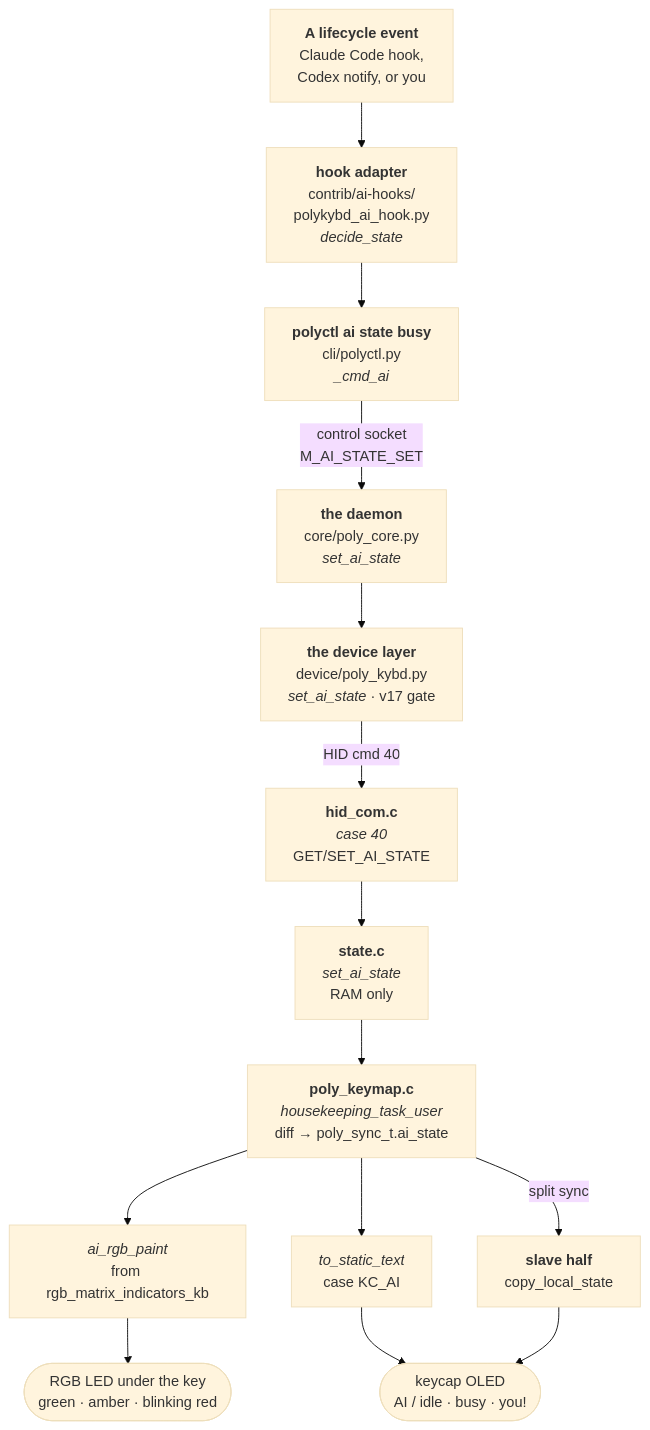
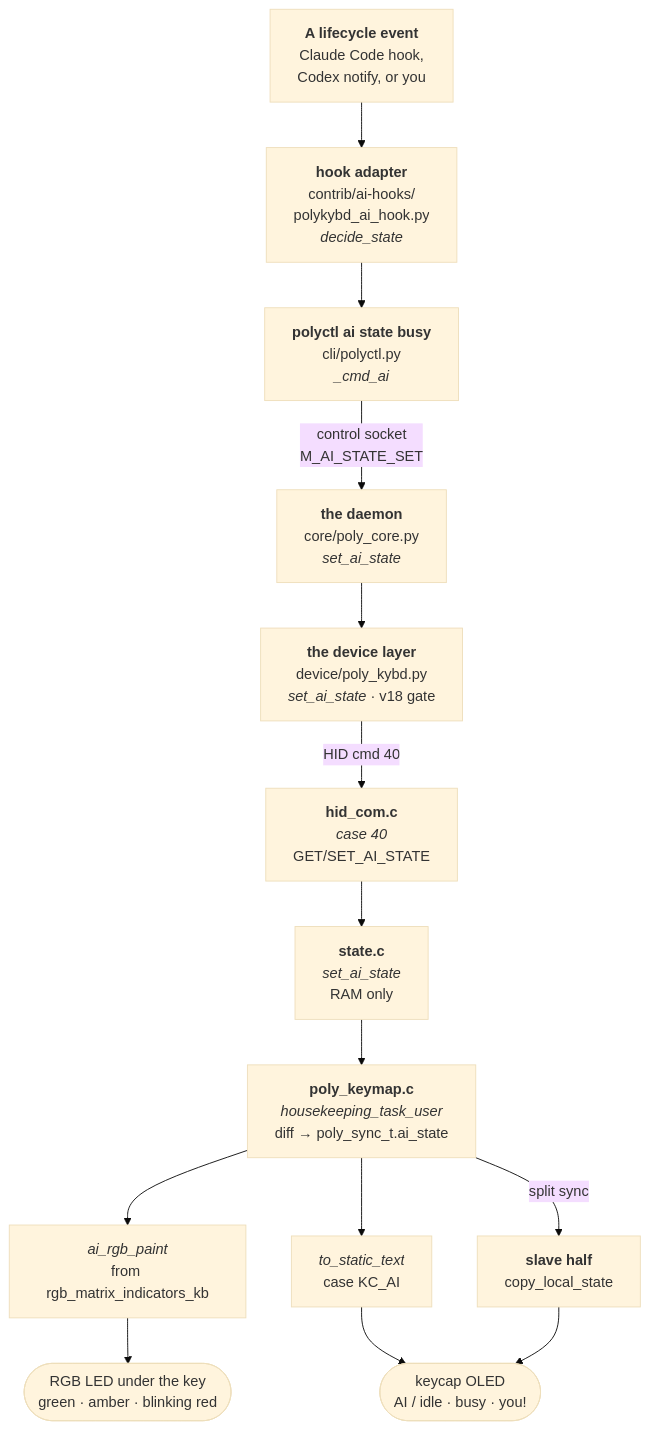
The seventh of 8 diagrams in src/content/docs/development/system-model.mdx (thpoll83/polykybd-docs), drawn with Mermaid (base theme) before and after one commit. The commit also changed 3 other files, not shown here.

````diff
--- a/src/content/docs/development/system-model.mdx
+++ b/src/content/docs/development/system-model.mdx
@@ -298,22 +298,22 @@
 ```mermaid
 flowchart TB
   EV["<b>A lifecycle event</b><br/>Claude Code hook,<br/>Codex notify, or you"]
   HOOK["<b>hook adapter</b><br/>contrib/ai-hooks/<br/>polykybd_ai_hook.py<br/><i>decide_state</i>"]
   CLI["<b>polyctl ai state busy</b><br/>cli/polyctl.py<br/><i>_cmd_ai</i>"]
   CORE["<b>the daemon</b><br/>core/poly_core.py<br/><i>set_ai_state</i>"]
-  DEV["<b>the device layer</b><br/>device/poly_kybd.py<br/><i>set_ai_state</i> · v17 gate"]
+  DEV["<b>the device layer</b><br/>device/poly_kybd.py<br/><i>set_ai_state</i> · v18 gate"]
   HID["<b>hid_com.c</b><br/><i>case 40</i><br/>GET/SET_AI_STATE"]
   ST["<b>state.c</b><br/><i>set_ai_state</i><br/>RAM only"]
   HK["<b>poly_keymap.c</b><br/><i>housekeeping_task_user</i><br/>diff → poly_sync_t.ai_state"]
   RGB["<i>ai_rgb_paint</i><br/>from rgb_matrix_indicators_kb"]
   LEG["<i>to_static_text</i><br/>case KC_AI"]
   SLAVE["<b>slave half</b><br/>copy_local_state"]
   LED(["RGB LED under the key<br/>green · amber · blinking red"])
   CAP(["keycap OLED<br/>AI / idle · busy · you!"])
 
   EV --> HOOK --> CLI -- "control socket<br/>M_AI_STATE_SET" --> CORE --> DEV
   DEV -- "HID cmd 40" --> HID --> ST --> HK
   HK --> RGB --> LED
   HK --> LEG --> CAP
   HK -- "split sync" --> SLAVE --> CAP
 ```
````
